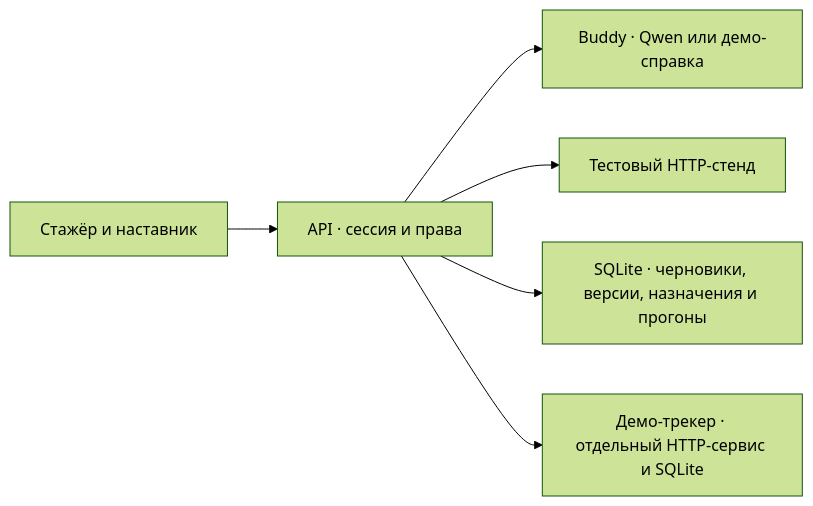
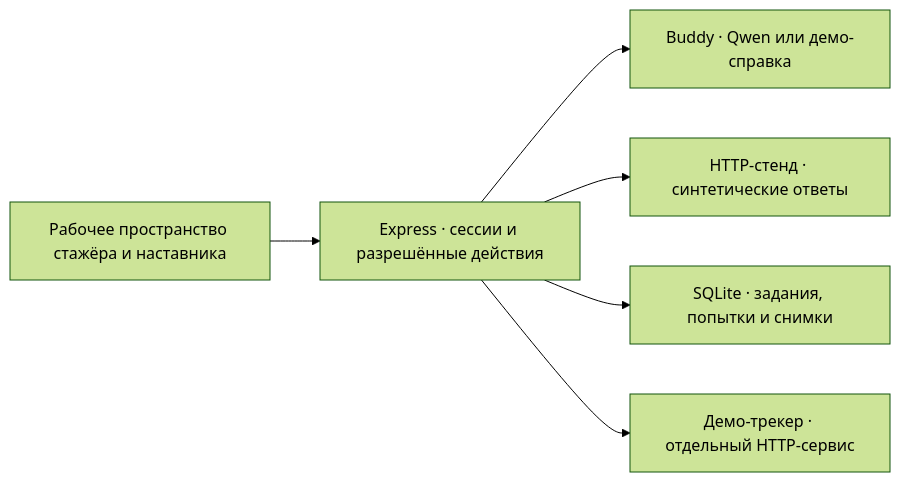
Before and after one commit to Dteaher/avito-ai-buddy: the diagram in README.md, drawn with Mermaid (forest theme). The commit also changed other lines of this file and 46 other files, not shown here.

````diff
--- a/README.md
+++ b/README.md
@@ -81,8 +40,8 @@
 ```mermaid
 flowchart LR
-    UI["Стажёр и наставник"] --> API["API · сессия и права"]
+    UI["Рабочее пространство стажёра и наставника"] --> API["Express · сессии и разрешённые действия"]
     API --> Buddy["Buddy · Qwen или демо-справка"]
-    API --> Stand["Тестовый HTTP-стенд"]
-    API --> DB["SQLite · черновики, версии, назначения и прогоны"]
-    API --> Tracker["Демо-трекер · отдельный HTTP-сервис и SQLite"]
+    API --> Stand["HTTP-стенд · синтетические ответы"]
+    API --> DB["SQLite · задания, попытки и снимки"]
+    API --> Tracker["Демо-трекер · отдельный HTTP-сервис"]
 ```
````
